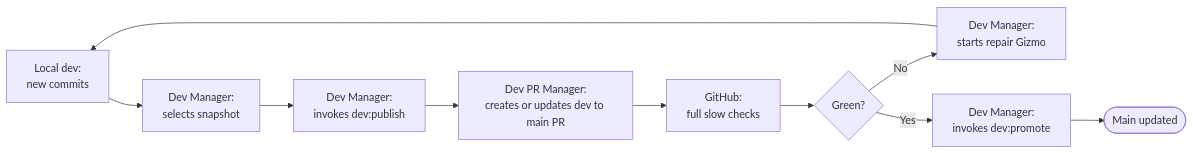
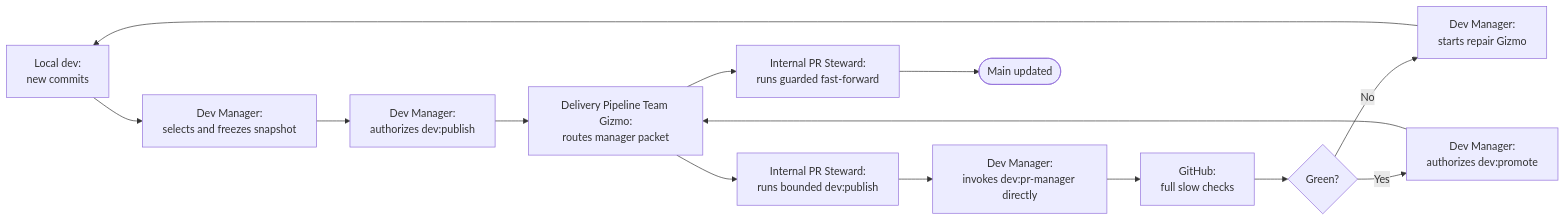
Diagram 11 of 12 in .cortex/gizmo/architecture/multiagent-delivery-diagrams.md (meta-secret/nook), drawn with Mermaid before and after one commit. The commit also changed other lines of this file and 14 other files, not shown here.

Commit message:
docs: formalize delivery pipeline routing

````diff
--- a/.cortex/gizmo/architecture/multiagent-delivery-diagrams.md
+++ b/.cortex/gizmo/architecture/multiagent-delivery-diagrams.md
@@ -297,16 +410,19 @@
 ```mermaid
 flowchart LR
     Dev["Local dev:<br/>new commits"]
-    Select["Dev Manager:<br/>selects snapshot"]
-    Publish["Dev Manager:<br/>invokes dev:publish"]
-    PR["Dev PR Manager:<br/>creates or updates dev to main PR"]
+    Select["Dev Manager:<br/>selects and freezes snapshot"]
+    Publish["Dev Manager:<br/>authorizes dev:publish"]
+    Pipeline["Delivery Pipeline Team Gizmo:<br/>routes manager packet"]
+    PublishTask["Internal PR Steward:<br/>runs bounded dev:publish"]
+    PR["Dev Manager:<br/>invokes dev:pr-manager directly"]
     Checks["GitHub:<br/>full slow checks"]
     Green{"Green?"}
     Fix["Dev Manager:<br/>starts repair Gizmo"]
-    Promote["Dev Manager:<br/>invokes dev:promote"]
+    Promote["Dev Manager:<br/>authorizes dev:promote"]
+    PromoteTask["Internal PR Steward:<br/>runs guarded fast-forward"]
     Main([Main updated])
 
-    Dev --> Select --> Publish --> PR --> Checks --> Green
+    Dev --> Select --> Publish --> Pipeline --> PublishTask --> PR --> Checks --> Green
     Green -- No --> Fix --> Dev
-    Green -- Yes --> Promote --> Main
+    Green -- Yes --> Promote --> Pipeline --> PromoteTask --> Main
 ```
````
